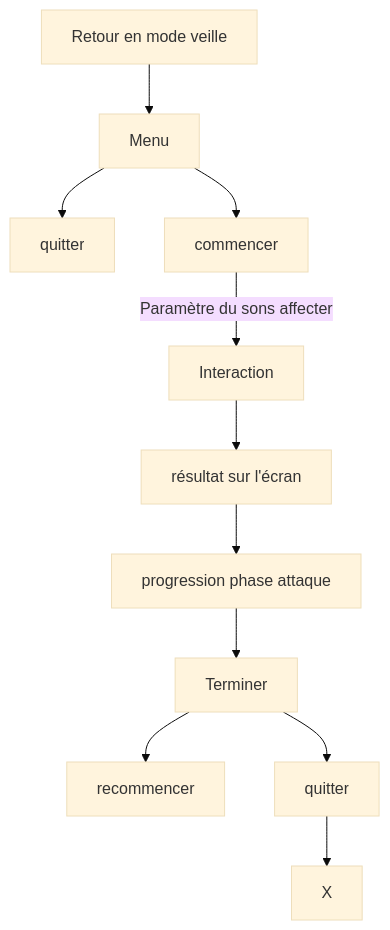
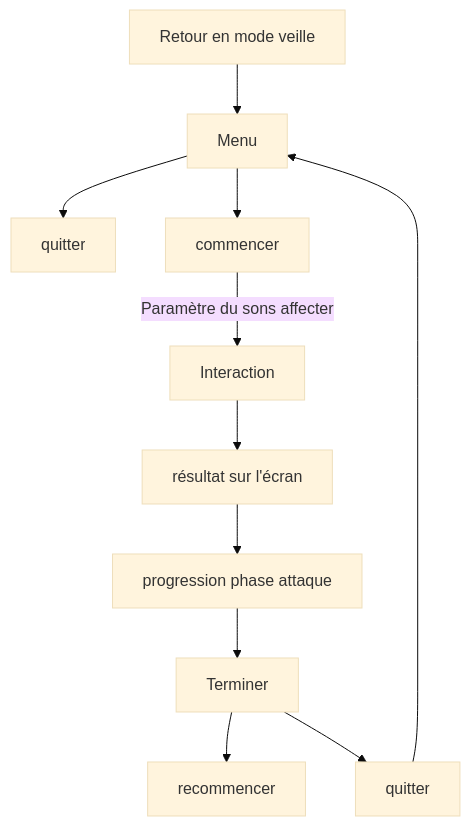
One commit to Ethereal-Creators/Etheria changed the diagram in 20_intention/30_scenario/README.md. Above: the diagram before and after it, drawn with Mermaid (base theme).

Commit message:
correction du mermaid

````diff
--- a/20_intention/30_scenario/README.md
+++ b/20_intention/30_scenario/README.md
@@ -13,13 +13,13 @@
 ```mermaid
 graph TD
     A[Retour en mode veille] --> x[Menu]
     x --> Z[quitter]
     x --> B[veille]
     B[commencer] -- Paramètre du sons affecter --> C[Interaction]
     C --> F[résultat sur l'écran]
     F --> M[progression phase attaque]
     M --> U[Terminer]
     U --> H[recommencer]
     U --> N[quitter]
-    N --> X
+    N --> x
 ```
````
